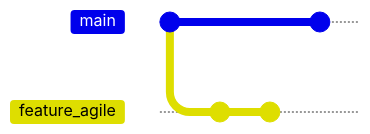
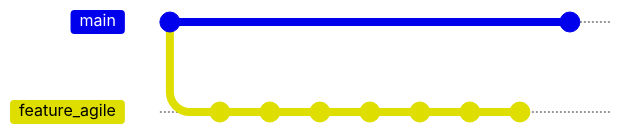
Before and after one commit to quattervals/ebc_instructions: the eighth of 9 diagrams in README.md, drawn with Mermaid. The commit also changed other lines of this file and 2 other files, not shown here. Commit ids are hidden.

````diff
--- a/README.md
+++ b/README.md
@@ -364,9 +378,14 @@
 ```mermaid
 gitGraph
   commit
   branch feature_agile
-  commit id: "HA-Agile Values 1,2"
-  commit id: "Agile Values 1,2"
+  commit id: "Principles: Title"
+  commit id: "Principles: Principle 1"
+  commit id: "Values: Add file with title"
+  commit id: "Principles: Principle 2"
+  commit id: "Principles: Principle 3...5"
+  commit id: "Values: Half-Arsed 1..2"
+  commit id: "Values: Values 1..2"
   checkout main
-  commit id: "Principle 1..5"
+  commit id: "Principles: privileged principles 1..5"
 ```
````
